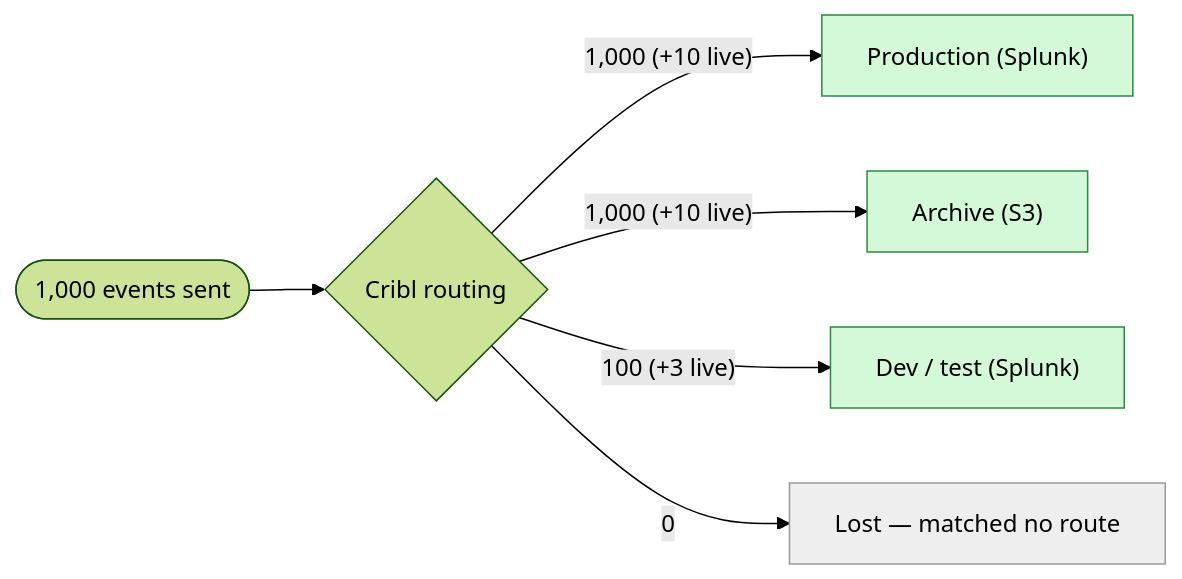
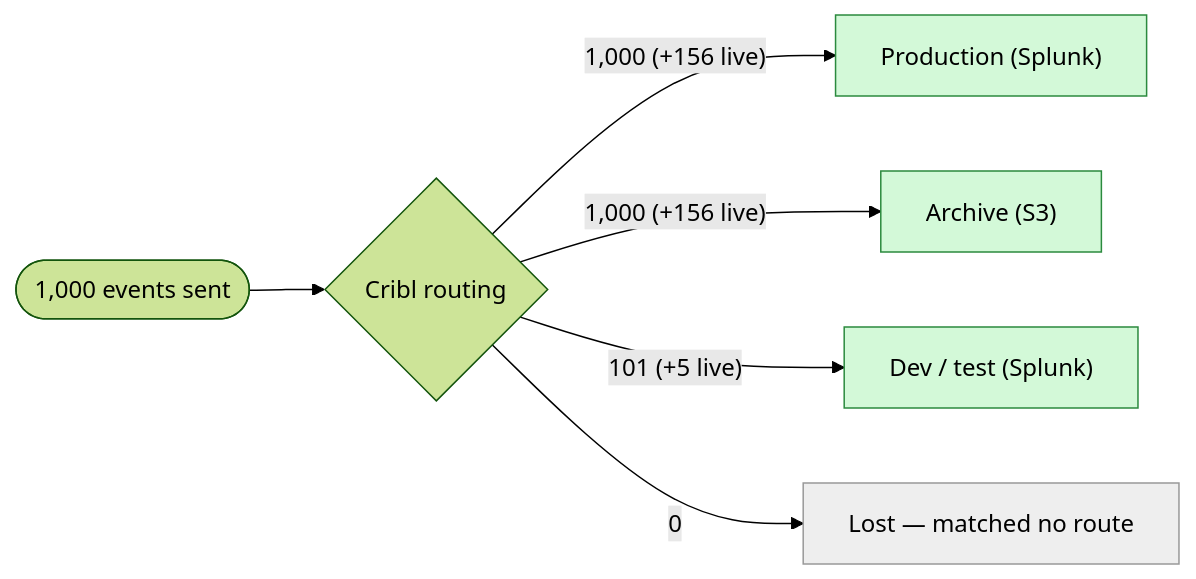
One commit to JacobPEvans-personal/cc-stream-zscaler-incident-test changed the fifth of 9 diagrams in REPORT.md. Above: the diagram before and after it, drawn with Mermaid (forest theme). The commit also changed other lines of this file and 9 other files, not shown here.

````diff
--- a/REPORT.md
+++ b/REPORT.md
@@ -225,12 +225,12 @@
 ```mermaid
 flowchart LR
   IN(["1,000 events sent"]) --> C{"Cribl routing"}
-  C -->|"1,000 (+10 live)"| prod["Production (Splunk)"]
+  C -->|"1,000 (+156 live)"| prod["Production (Splunk)"]
   style prod fill:#d3f9d8,stroke:#2b8a3e
-  C -->|"1,000 (+10 live)"| s3["Archive (S3)"]
+  C -->|"1,000 (+156 live)"| s3["Archive (S3)"]
   style s3 fill:#d3f9d8,stroke:#2b8a3e
-  C -->|"100 (+3 live)"| dev["Dev / test (Splunk)"]
+  C -->|"101 (+5 live)"| dev["Dev / test (Splunk)"]
   style dev fill:#d3f9d8,stroke:#2b8a3e
   C -->|"0"| default["Lost — matched no route"]
   style default fill:#eee,stroke:#999
 ```
````
